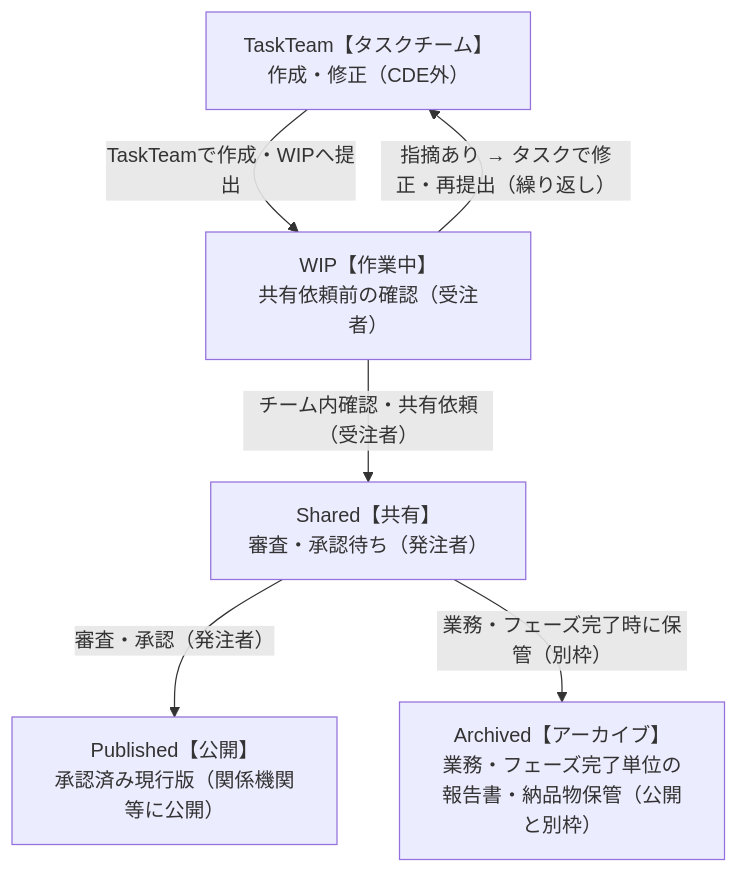
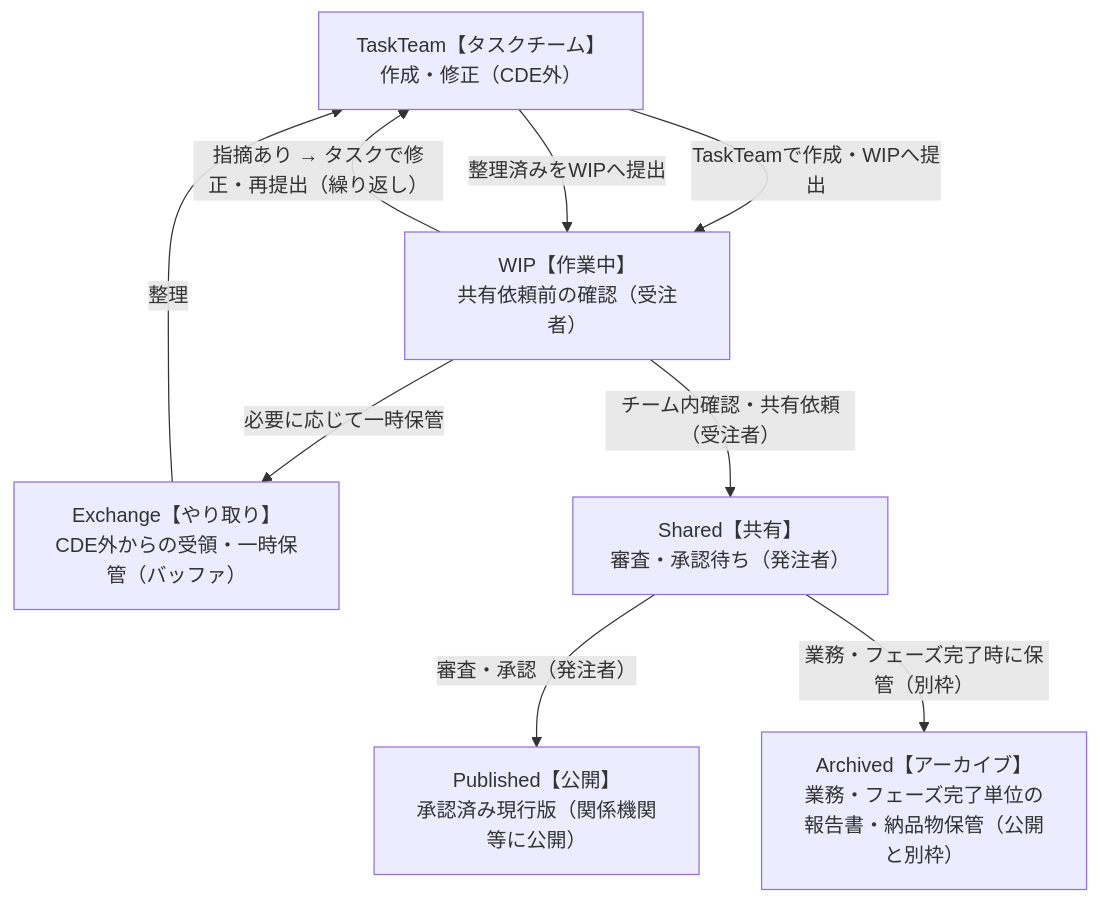
One commit to yamamoto-ryuzo/portal changed the second of 4 diagrams in articles/project-cde-guide.md. Above: the diagram before and after it, drawn with Mermaid. The commit also changed other lines of this file and 2 other files, not shown here.

````diff
--- a/articles/project-cde-guide.md
+++ b/articles/project-cde-guide.md
@@ -365,14 +365,18 @@
 ```mermaid
 flowchart TD
     TT["TaskTeam【タスクチーム】<br/>作成・修正（CDE外）"]
+    EX["Exchange【やり取り】<br/>CDE外からの受領・一時保管（バッファ）"]
     WIP["WIP【作業中】<br/>共有依頼前の確認（受注者）"]
     SH["Shared【共有】<br/>審査・承認待ち（発注者）"]
     PB["Published【公開】<br/>承認済み現行版（関係機関等に公開）"]
     AR["Archived【アーカイブ】<br/>業務・フェーズ完了単位の<br/>報告書・納品物保管（公開と別枠）"]
 
     TT -->|"TaskTeamで作成・WIPへ提出"| WIP
+    WIP -->|"必要に応じて一時保管"| EX
+    EX -->|"整理"| TT
+    TT -->|"整理済みをWIPへ提出"| WIP
     WIP -->|"指摘あり → タスクで修正・再提出（繰り返し）"| TT
     WIP -->|"チーム内確認・共有依頼（受注者）"| SH
     SH -->|"審査・承認（発注者）"| PB
     SH -->|"業務・フェーズ完了時に保管（別枠）"| AR
 ```
````
